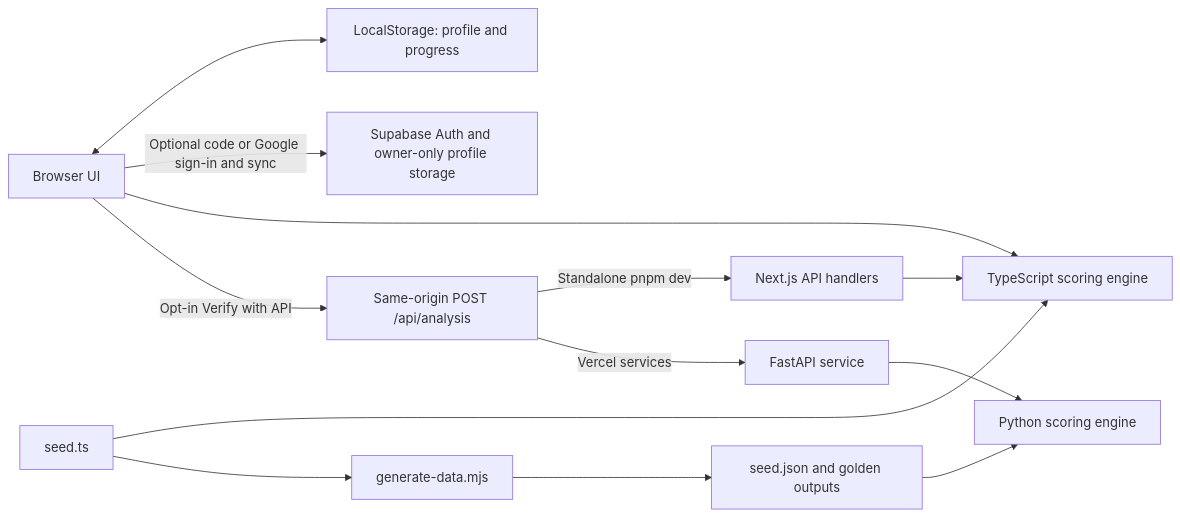
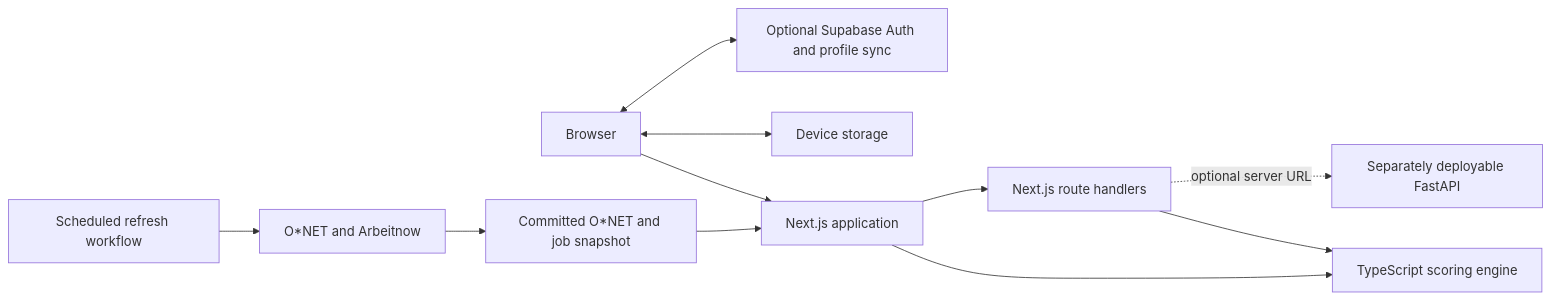
Before and after one commit to truffleloaf/SDC-Hack: the diagram in README.md, drawn with Mermaid. The commit also changed other lines of this file and 4 other files, not shown here.

````diff
--- a/README.md
+++ b/README.md
@@ -11,15 +67,13 @@
 ```mermaid
 flowchart LR
-  Browser[Browser UI] <--> Local[LocalStorage: profile and progress]
-  Browser -->|Optional code or Google sign-in and sync| Supabase[Supabase Auth and owner-only profile storage]
-  Browser --> TS[TypeScript scoring engine]
-  Seed[seed.ts] --> TS
-  Seed --> Export[generate-data.mjs]
-  Export --> JSON[seed.json and golden outputs]
-  JSON --> Python[Python scoring engine]
-  Browser -->|Opt-in Verify with API| Router[Same-origin POST /api/analysis]
-  Router -->|Standalone pnpm dev| Next[Next.js API handlers]
-  Next --> TS
-  Router -->|Vercel services| FastAPI[FastAPI service]
-  FastAPI --> Python
+  Browser[Browser] --> UI[Next.js application]
+  Browser <--> Local[Device storage]
+  Browser <--> Supabase[Optional Supabase Auth and profile sync]
+  UI --> Engine[TypeScript scoring engine]
+  UI --> Routes[Next.js route handlers]
+  Routes --> Engine
+  Snapshot[Committed O*NET and job snapshot] --> UI
+  Routes -. optional server URL .-> FastAPI[Separately deployable FastAPI]
+  Refresh[Scheduled refresh workflow] --> Sources[O*NET and Arbeitnow]
+  Sources --> Snapshot
 ```
````
